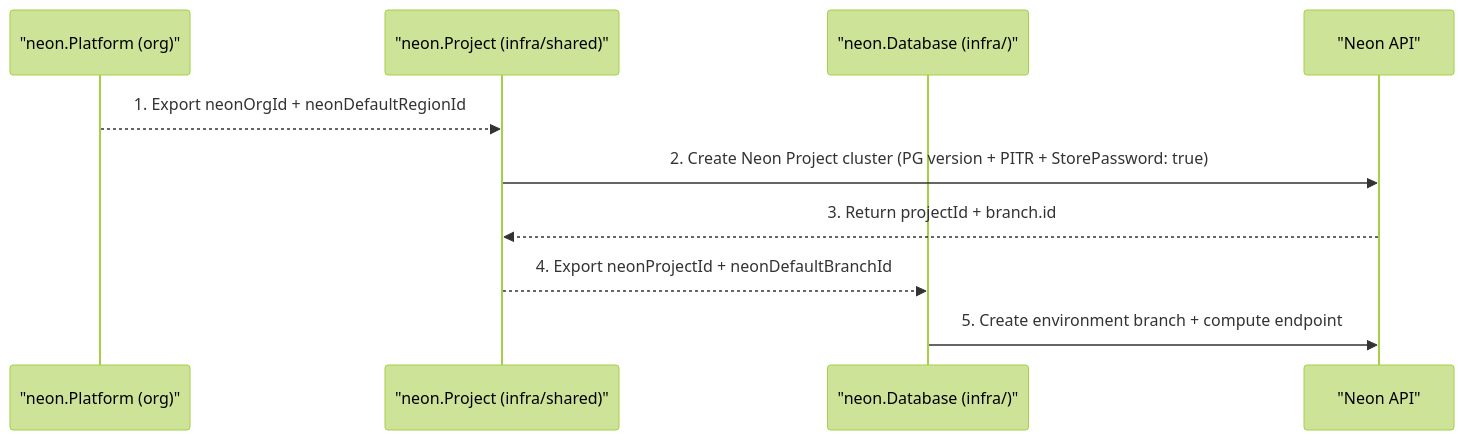
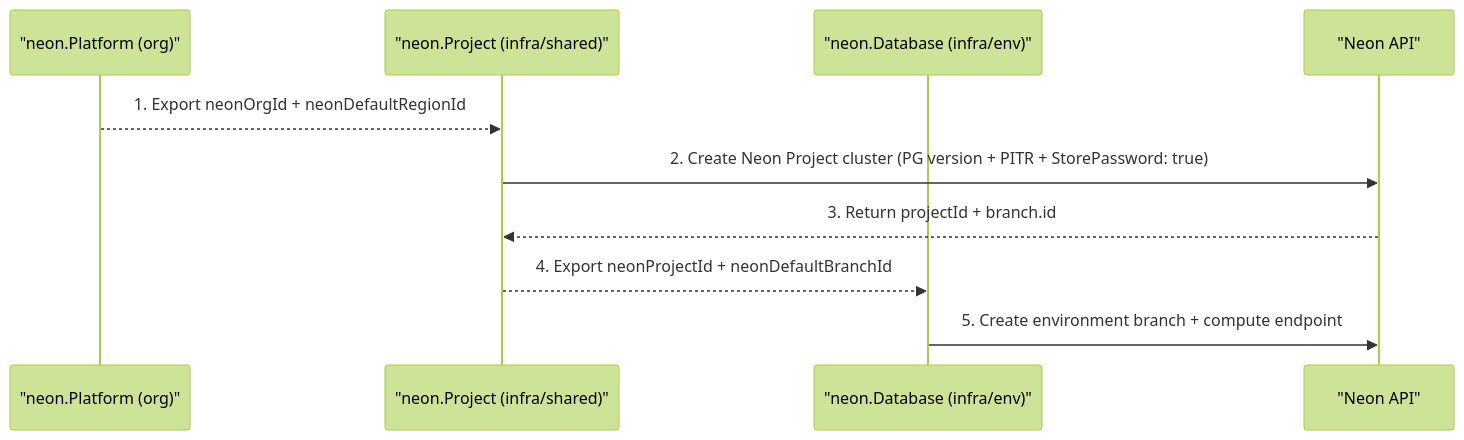
Before and after one commit to cloudvoyant/openbase: the second of 2 diagrams in docs/architecture/providers/neon/index.md, drawn with Mermaid (forest theme). The commit also changed other lines of this file and 36 other files, not shown here.

First line of the commit message:
refactor(e2e,docs): standardize infra/{platform,shared,env} layout

````diff
--- a/docs/architecture/providers/neon/index.md
+++ b/docs/architecture/providers/neon/index.md
@@ -49,13 +49,13 @@
 ```mermaid
 sequenceDiagram
     participant Plat as "neon.Platform (org)"
     participant Proj as "neon.Project (infra/shared)"
-    participant DB as "neon.Database (infra/)"
+    participant DB as "neon.Database (infra/env)"
     participant Neon as "Neon API"
 
     Plat-->>Proj: 1. Export neonOrgId + neonDefaultRegionId
     Proj->>Neon: 2. Create Neon Project cluster (PG version + PITR + StorePassword: true)
     Neon-->>Proj: 3. Return projectId + branch.id
     Proj-->>DB: 4. Export neonProjectId + neonDefaultBranchId
     DB->>Neon: 5. Create environment branch + compute endpoint
 ```
````
